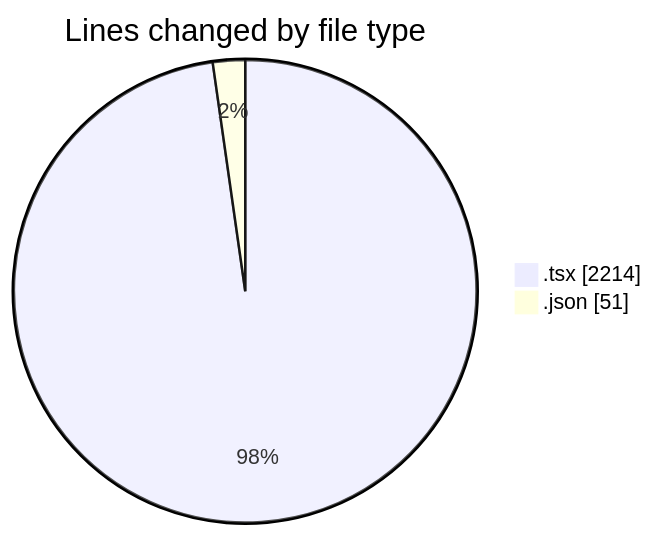
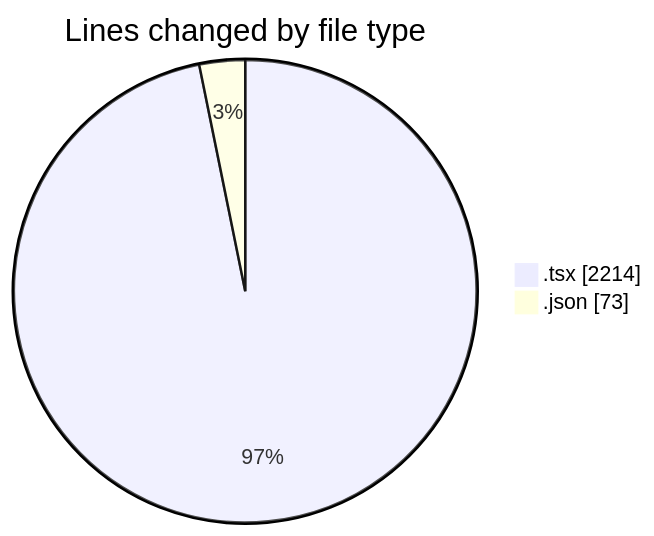
Before and after one commit to momahboobian/code-tracking: the first of 2 diagrams in 2025-10-02/cda/README.md, drawn with Mermaid. The commit also changed other lines of this file and 1 other file, not shown here.

````diff
--- a/2025-10-02/cda/README.md
+++ b/2025-10-02/cda/README.md
@@ -21,6 +22,6 @@
 ```mermaid
 pie showData
 title Lines changed by file type
 ".tsx" : 2214
-".json" : 51
+".json" : 73
 ```
````
